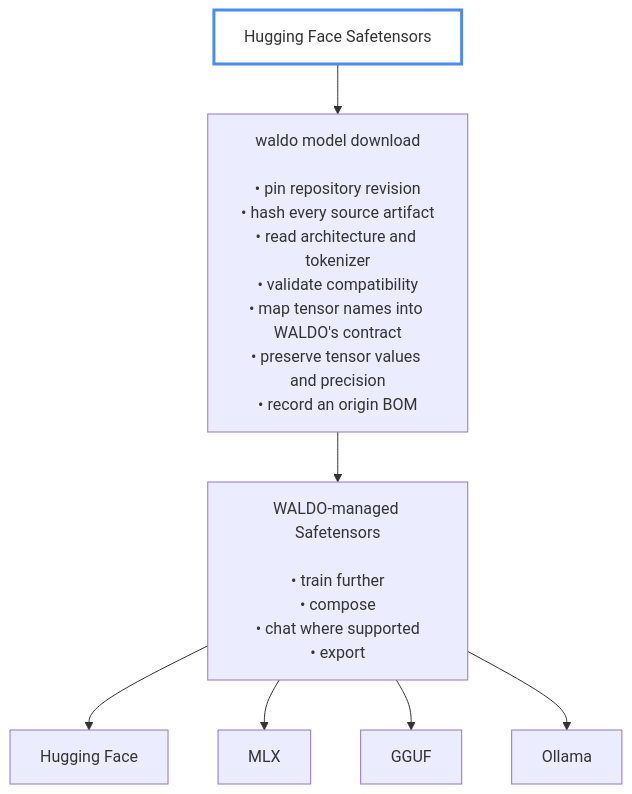
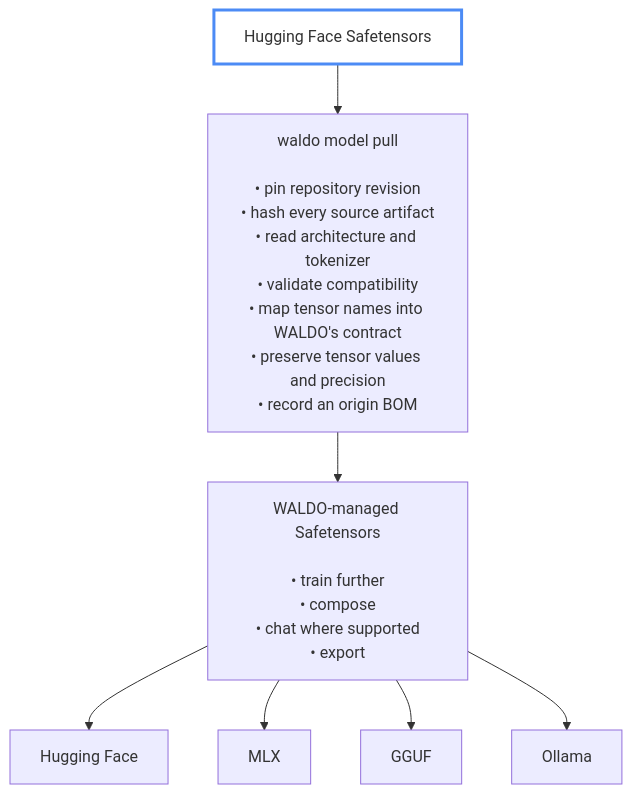
One commit to mdagosta/waldo changed the third of 3 diagrams in README.md. Above: the diagram before and after it, drawn with Mermaid. The commit also changed other lines of this file and 10 other files, not shown here.

Commit message:
Rename model download to pull

````diff
--- a/README.md
+++ b/README.md
@@ -384,12 +384,12 @@
 ```mermaid
 flowchart TB
-    H["Hugging Face Safetensors"] --> D["waldo model download<br/><br/>• pin repository revision<br/>• hash every source artifact<br/>• read architecture and tokenizer<br/>• validate compatibility<br/>• map tensor names into WALDO's contract<br/>• preserve tensor values and precision<br/>• record an origin BOM"]
+    H["Hugging Face Safetensors"] --> D["waldo model pull<br/><br/>• pin repository revision<br/>• hash every source artifact<br/>• read architecture and tokenizer<br/>• validate compatibility<br/>• map tensor names into WALDO's contract<br/>• preserve tensor values and precision<br/>• record an origin BOM"]
     D --> W["WALDO-managed Safetensors<br/><br/>• train further<br/>• compose<br/>• chat where supported<br/>• export"]
     W --> HF["Hugging Face"]
     W --> MLX["MLX"]
     W --> GGUF["GGUF"]
     W --> OLLAMA["Ollama"]
 
     classDef startingPoint fill:transparent,stroke:#4c8bf5,stroke-width:3px
     class H startingPoint
 ```
````
